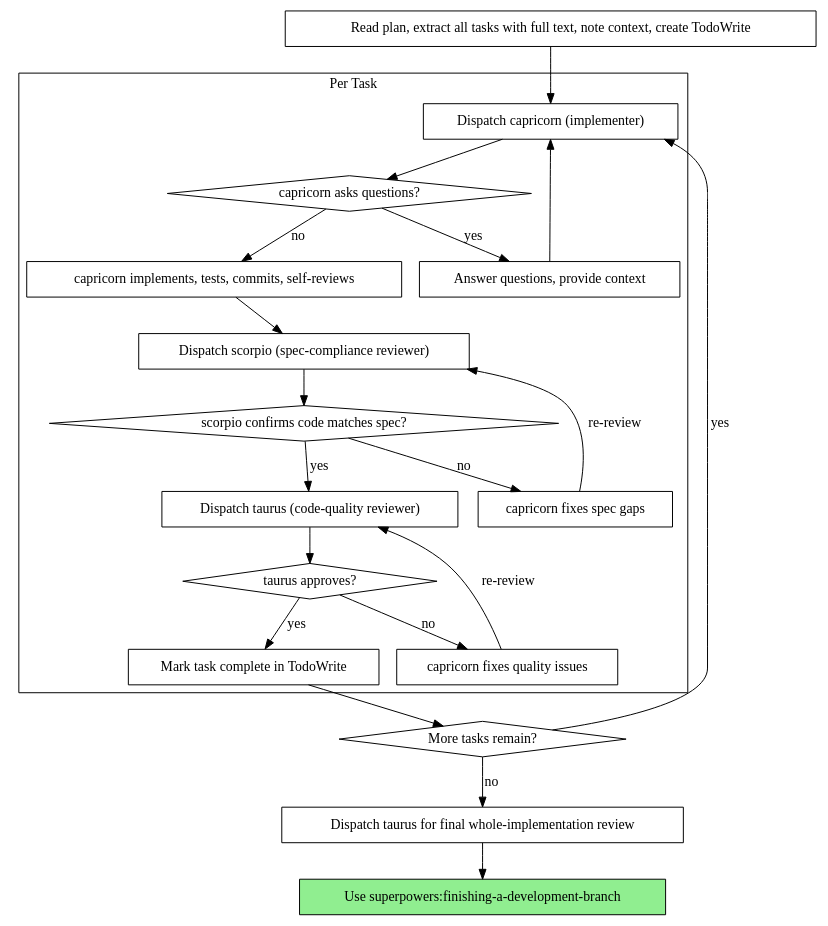
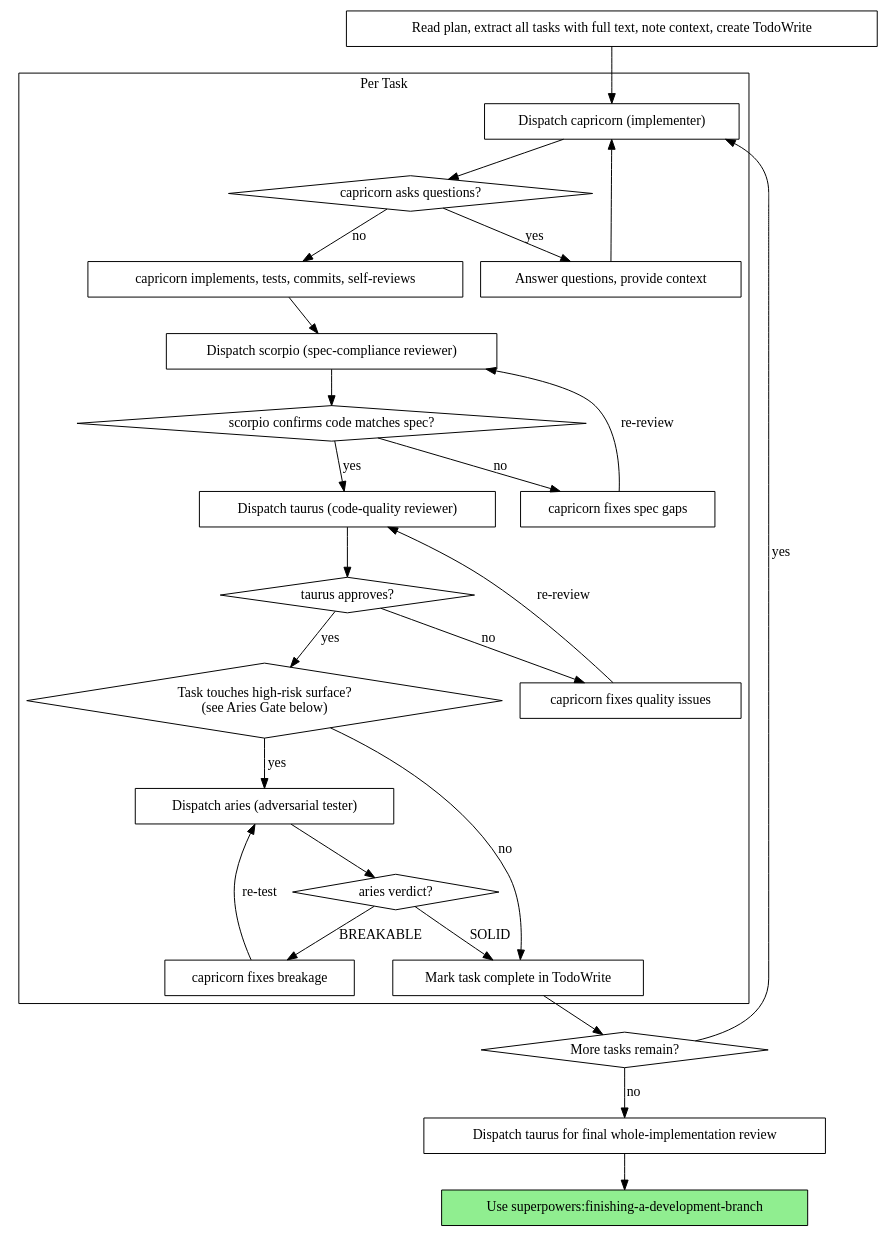
The second of 2 diagrams in skills/subagent-driven-development/SKILL.md (Joe-zhouman/athena-guard-superpowers), drawn with Graphviz before and after one commit. The commit also changed other lines of this file and 3 other files, not shown here.

First line of the commit message:
Wire aries into SDD with conditional Aries Gate; add Skills/MCP attack round

````diff
--- a/skills/subagent-driven-development/SKILL.md
+++ b/skills/subagent-driven-development/SKILL.md
@@ -51,44 +52,54 @@
 ```dot
 digraph process {
     rankdir=TB;
 
     subgraph cluster_per_task {
         label="Per Task";
         "Dispatch capricorn (implementer)" [shape=box];
         "capricorn asks questions?" [shape=diamond];
         "Answer questions, provide context" [shape=box];
         "capricorn implements, tests, commits, self-reviews" [shape=box];
         "Dispatch scorpio (spec-compliance reviewer)" [shape=box];
         "scorpio confirms code matches spec?" [shape=diamond];
         "capricorn fixes spec gaps" [shape=box];
         "Dispatch taurus (code-quality reviewer)" [shape=box];
         "taurus approves?" [shape=diamond];
         "capricorn fixes quality issues" [shape=box];
+        "Task touches high-risk surface?\n(see Aries Gate below)" [shape=diamond];
+        "Dispatch aries (adversarial tester)" [shape=box];
+        "aries verdict?" [shape=diamond];
+        "capricorn fixes breakage" [shape=box];
         "Mark task complete in TodoWrite" [shape=box];
     }
 
     "Read plan, extract all tasks with full text, note context, create TodoWrite" [shape=box];
     "More tasks remain?" [shape=diamond];
     "Dispatch taurus for final whole-implementation review" [shape=box];
     "Use superpowers:finishing-a-development-branch" [shape=box style=filled fillcolor=lightgreen];
 
     "Read plan, extract all tasks with full text, note context, create TodoWrite" -> "Dispatch capricorn (implementer)";
     "Dispatch capricorn (implementer)" -> "capricorn asks questions?";
     "capricorn asks questions?" -> "Answer questions, provide context" [label="yes"];
     "Answer questions, provide context" -> "Dispatch capricorn (implementer)";
     "capricorn asks questions?" -> "capricorn implements, tests, commits, self-reviews" [label="no"];
     "capricorn implements, tests, commits, self-reviews" -> "Dispatch scorpio (spec-compliance reviewer)";
     "Dispatch scorpio (spec-compliance reviewer)" -> "scorpio confirms code matches spec?";
     "scorpio confirms code matches spec?" -> "capricorn fixes spec gaps" [label="no"];
     "capricorn fixes spec gaps" -> "Dispatch scorpio (spec-compliance reviewer)" [label="re-review"];
     "scorpio confirms code matches spec?" -> "Dispatch taurus (code-quality reviewer)" [label="yes"];
     "Dispatch taurus (code-quality reviewer)" -> "taurus approves?";
     "taurus approves?" -> "capricorn fixes quality issues" [label="no"];
     "capricorn fixes quality issues" -> "Dispatch taurus (code-quality reviewer)" [label="re-review"];
-    "taurus approves?" -> "Mark task complete in TodoWrite" [label="yes"];
+    "taurus approves?" -> "Task touches high-risk surface?\n(see Aries Gate below)" [label="yes"];
+    "Task touches high-risk surface?\n(see Aries Gate below)" -> "Dispatch aries (adversarial tester)" [label="yes"];
+    "Task touches high-risk surface?\n(see Aries Gate below)" -> "Mark task complete in TodoWrite" [label="no"];
+    "Dispatch aries (adversarial tester)" -> "aries verdict?";
+    "aries verdict?" -> "capricorn fixes breakage" [label="BREAKABLE"];
+    "capricorn fixes breakage" -> "Dispatch aries (adversarial tester)" [label="re-test"];
+    "aries verdict?" -> "Mark task complete in TodoWrite" [label="SOLID"];
     "Mark task complete in TodoWrite" -> "More tasks remain?";
     "More tasks remain?" -> "Dispatch capricorn (implementer)" [label="yes"];
     "More tasks remain?" -> "Dispatch taurus for final whole-implementation review" [label="no"];
     "Dispatch taurus for final whole-implementation review" -> "Use superpowers:finishing-a-development-branch";
 }
 ```
````
